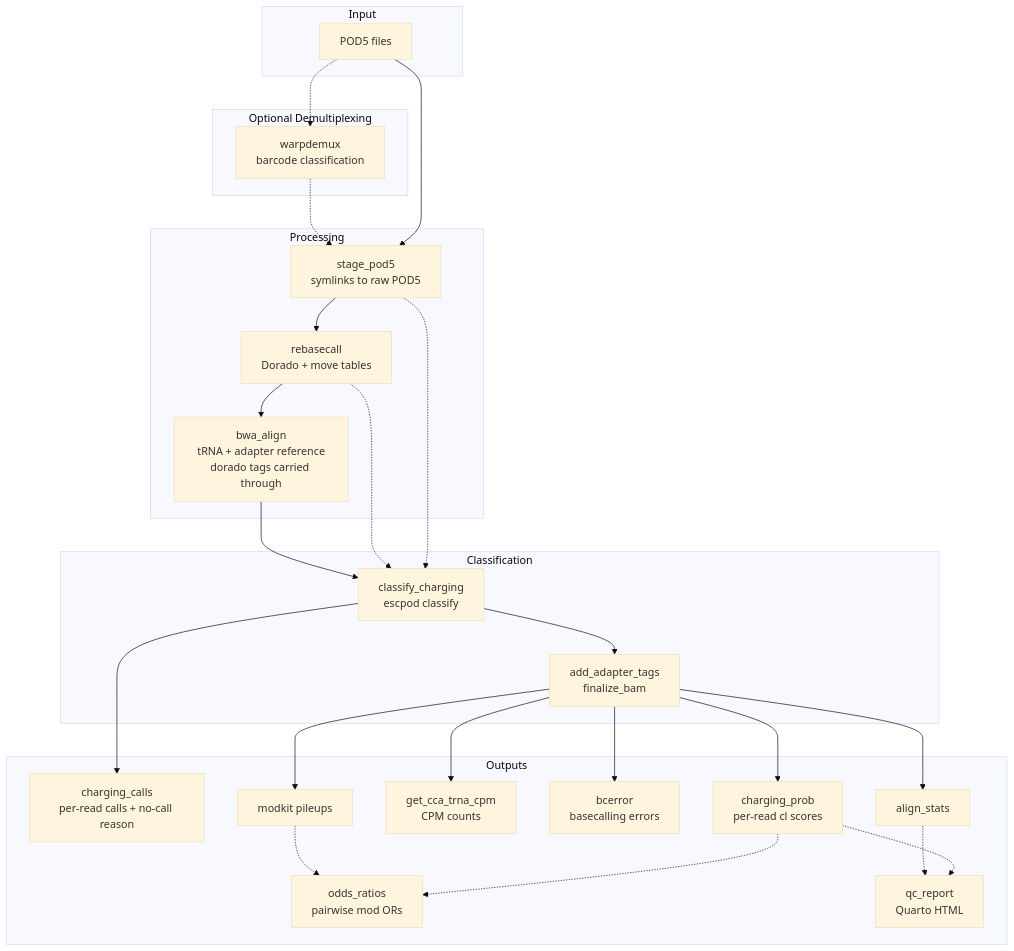
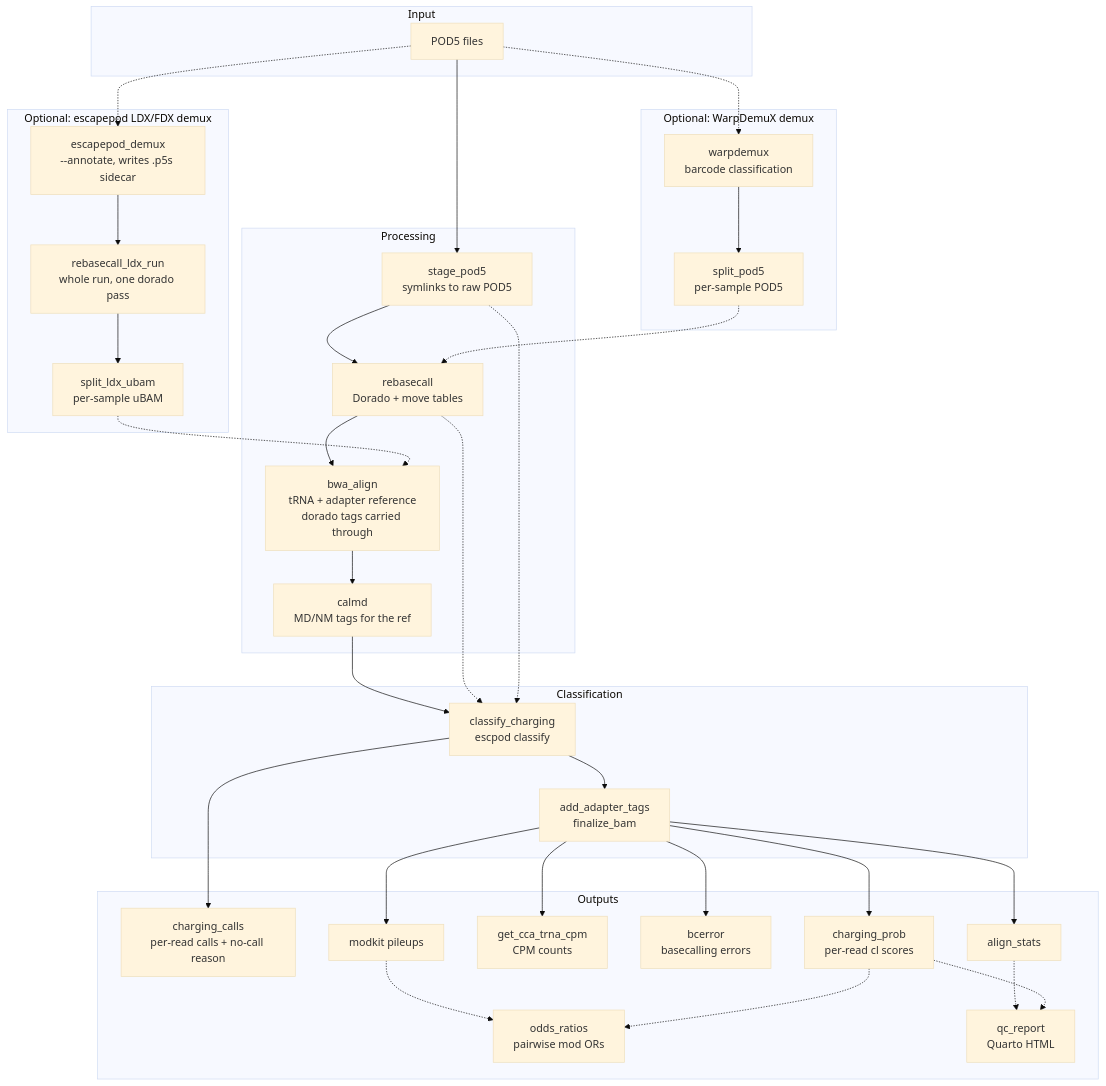
One commit to rnabioco/aa-tRNA-seq-pipeline changed the diagram in README.md. Above: the diagram before and after it, drawn with Mermaid (base theme). The commit also changed other lines of this file and 11 other files, not shown here.

First line of the commit message:
docs: catch up docs to LDX/FDX demux, calmd, and POD5 staging (#182)

````diff
--- a/README.md
+++ b/README.md
@@ -96,39 +96,47 @@
 ```mermaid
 flowchart TD
     subgraph Input
         POD5[POD5 files]
     end
 
-    subgraph Demux [Optional Demultiplexing]
-        W[warpdemux<br/>barcode classification]
+    subgraph WDX [Optional: WarpDemuX demux]
+        W[warpdemux<br/>barcode classification] --> WS[split_pod5<br/>per-sample POD5]
+    end
+
+    subgraph LDX [Optional: escapepod LDX/FDX demux]
+        LD[escapepod_demux<br/>--annotate, writes .p5s sidecar] --> LB[rebasecall_ldx_run<br/>whole run, one dorado pass]
+        LB --> LS[split_ldx_ubam<br/>per-sample uBAM]
     end
 
     subgraph Processing
         A[stage_pod5<br/>symlinks to raw POD5] --> B[rebasecall<br/>Dorado + move tables]
         B --> D[bwa_align<br/>tRNA + adapter reference<br/>dorado tags carried through]
+        D --> CM[calmd<br/>MD/NM tags for the ref]
     end
 
     subgraph Classification
-        D --> F[classify_charging<br/>escpod classify]
+        CM --> F[classify_charging<br/>escpod classify]
         B -.-> F
         A -.-> F
         F --> G[add_adapter_tags<br/>finalize_bam]
     end
 
     subgraph Outputs
         F --> CC[charging_calls<br/>per-read calls + no-call reason]
         G --> H[charging_prob<br/>per-read cl scores]
         G --> I[get_cca_trna_cpm<br/>CPM counts]
         G --> J[bcerror<br/>basecalling errors]
         G --> K[align_stats]
         G --> L[modkit pileups]
         L -.-> M[odds_ratios<br/>pairwise mod ORs]
         H -.-> M
         K -.-> N[qc_report<br/>Quarto HTML]
         H -.-> N
     end
 
+    POD5 --> A
     POD5 -.-> W
-    W -.-> A
-    POD5 --> A
+    POD5 -.-> LD
+    WS -.-> B
+    LS -.-> D
 ```
````
